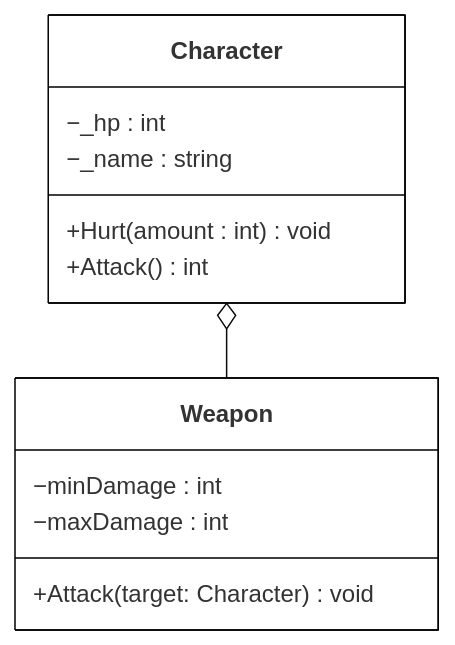
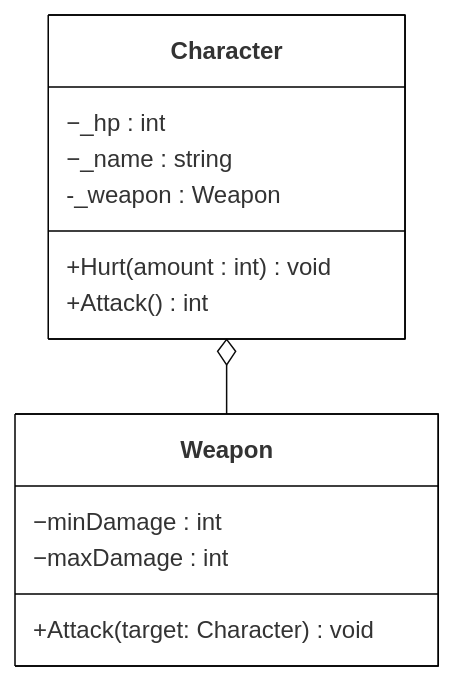
The third of 4 diagrams in klasser-och-objektorientering/klassdiagram.md (krank/csharp-ref), drawn with Mermaid before and after one commit.

Commit message:
GITBOOK-407: change request with no subject merged in GitBook

````diff
--- a/klasser-och-objektorientering/klassdiagram.md
+++ b/klasser-och-objektorientering/klassdiagram.md
@@ -70,20 +70,21 @@
 ```mermaid
 %%{init: {'theme': 'base', 'themeVariables': 
 { 'primaryBorderColor': 'black', 
 'primaryColor': 'white'
 }}}%%
 
 classDiagram
   class Character{
         −_hp : int
         −_name : string 
+        -_weapon : Weapon
         +Hurt(amount : int) void
         +Attack() int
   }
   class Weapon{
         −minDamage : int
         −maxDamage : int
         +Attack(target: Character) void
   }
   Character o-- Weapon
 ```
````
